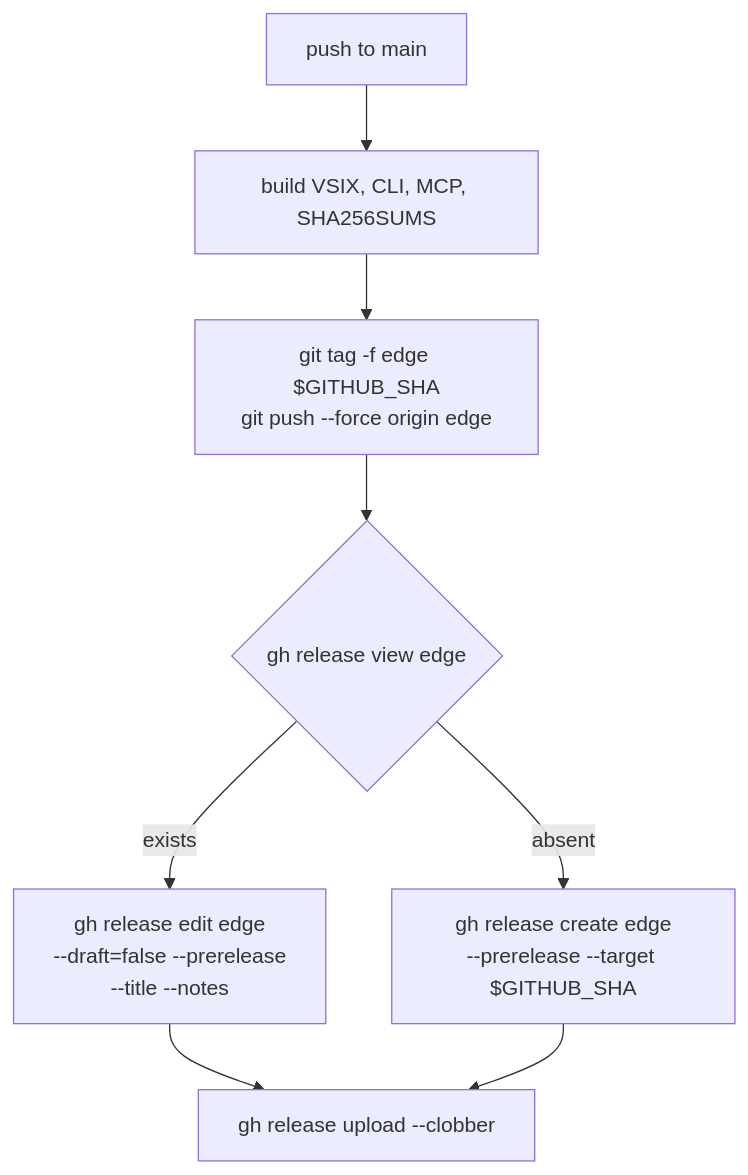
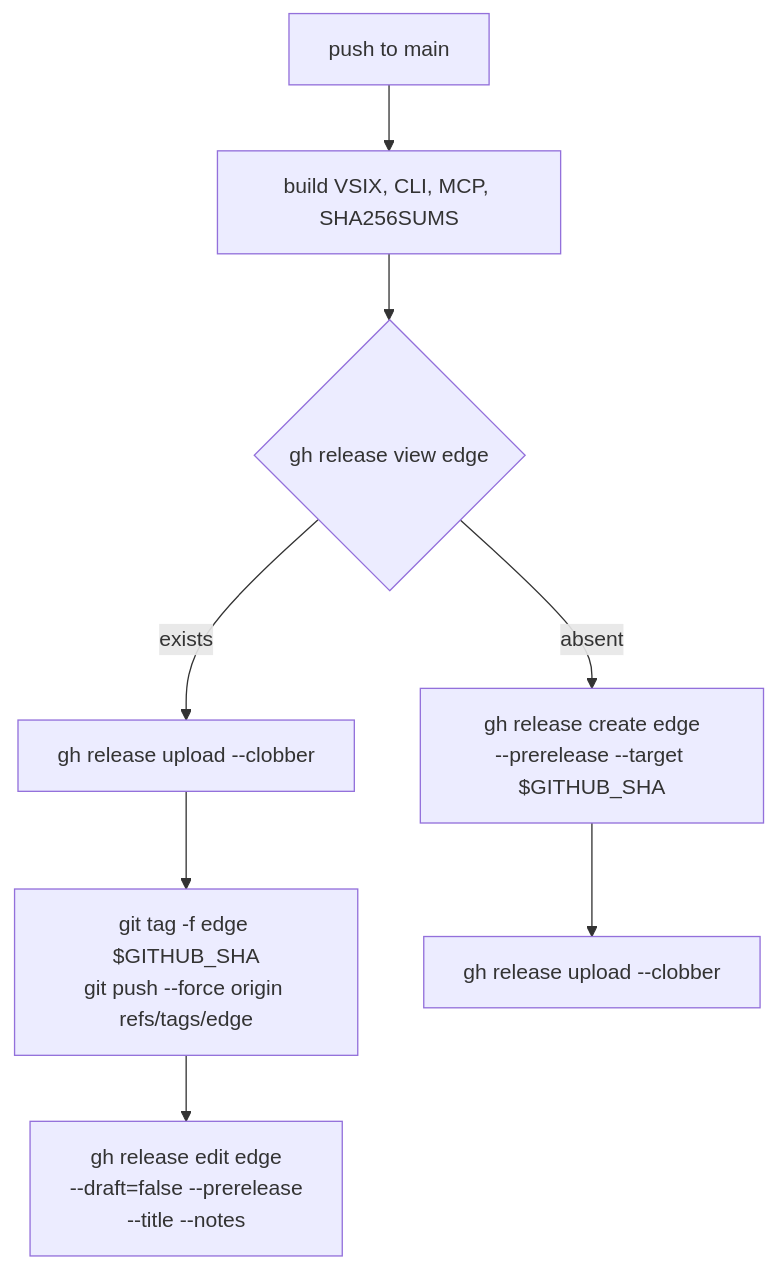
Before and after one commit to semantic-praxis/barwise: the diagram in barwise/docs/specs/edge-release-currency.spec.md, drawn with Mermaid. The commit also changed other lines of this file and 1 other file, not shown here.

````diff
--- a/barwise/docs/specs/edge-release-currency.spec.md
+++ b/barwise/docs/specs/edge-release-currency.spec.md
@@ -166,10 +204,10 @@
 ```mermaid
 flowchart TD
   P[push to main] --> B[build VSIX, CLI, MCP, SHA256SUMS]
-  B --> T["git tag -f edge $GITHUB_SHA<br/>git push --force origin edge"]
-  T --> E{"gh release view edge"}
-  E -->|exists| ED["gh release edit edge<br/>--draft=false --prerelease<br/>--title --notes"]
+  B --> E{"gh release view edge"}
+  E -->|exists| U["gh release upload --clobber"]
+  U --> T["git tag -f edge $GITHUB_SHA<br/>git push --force origin refs/tags/edge"]
+  T --> ED["gh release edit edge<br/>--draft=false --prerelease<br/>--title --notes"]
   E -->|absent| CR["gh release create edge<br/>--prerelease --target $GITHUB_SHA"]
-  ED --> U[gh release upload --clobber]
-  CR --> U
+  CR --> U2["gh release upload --clobber"]
 ```
````
